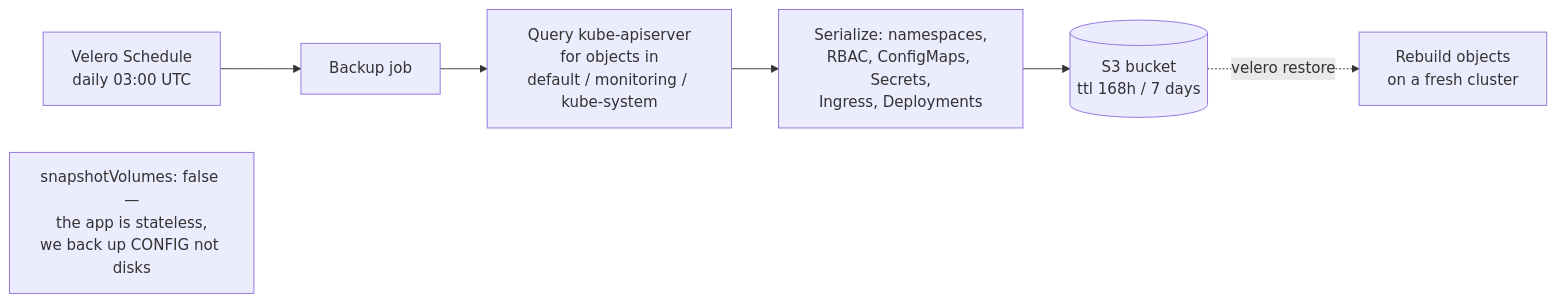
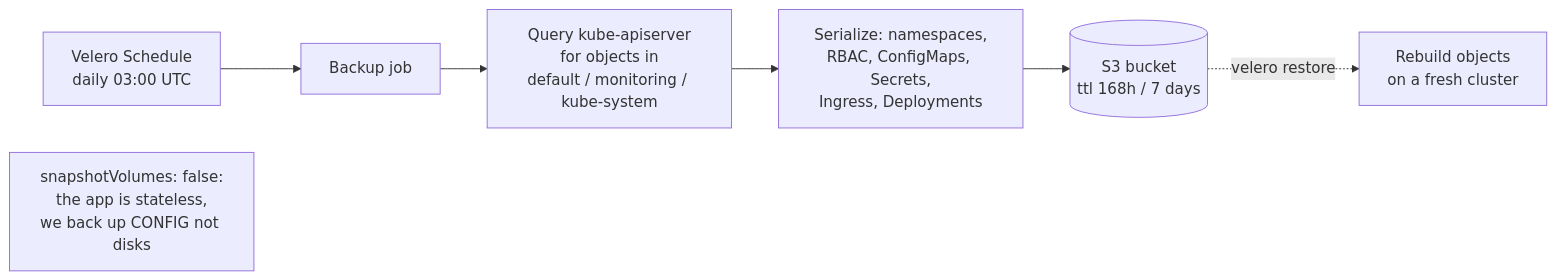
One commit to Amith-Ganta/FastAPI-ML-EKS-Platform changed diagram 13 of 14 in docs/diagrams/README.md. Above: the diagram before and after it, drawn with Mermaid. The commit also changed other lines of this file, not shown here.

Commit message:
docs(diagrams): tidy caption punctuation and the HPA range label

````diff
--- a/docs/diagrams/README.md
+++ b/docs/diagrams/README.md
@@ -299,9 +299,9 @@
 ```mermaid
 flowchart LR
     SCHED["Velero Schedule<br/>daily 03:00 UTC"] --> BK[Backup job]
     BK --> API[Query kube-apiserver<br/>for objects in<br/>default / monitoring / kube-system]
     API --> OBJ[Serialize: namespaces,<br/>RBAC, ConfigMaps, Secrets,<br/>Ingress, Deployments]
     OBJ --> S3[(S3 bucket<br/>ttl 168h / 7 days)]
     S3 -. velero restore .-> NEW[Rebuild objects<br/>on a fresh cluster]
-    note["snapshotVolumes: false —<br/>the app is stateless,<br/>we back up CONFIG not disks"]
+    note["snapshotVolumes: false:<br/>the app is stateless,<br/>we back up CONFIG not disks"]
 ```
````
